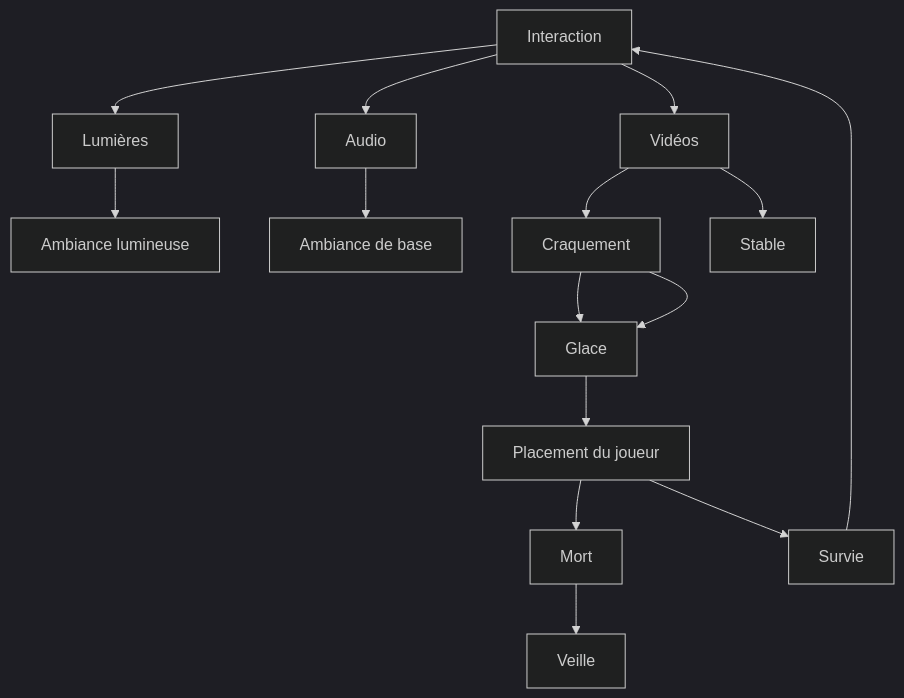
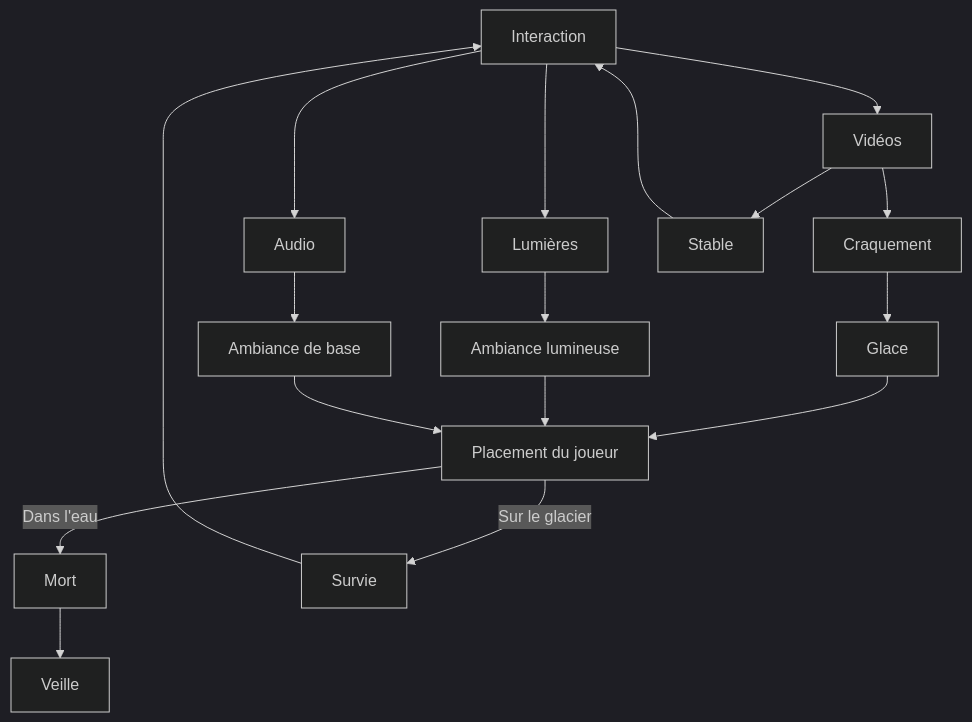
Before and after one commit to audreydandurand/docsify-scenarisation-audrey: the diagram in README.md, drawn with Mermaid (dark theme).

Commit message:
Update README.md suite scénario interactif

````diff
--- a/README.md
+++ b/README.md
@@ -20,17 +20,19 @@
 ```mermaid
 graph TD;
     Interaction-->Lumières;
     Interaction-->Vidéos;
     Interaction-->Audio;
     Lumières-->AmbianceLumineuse[Ambiance lumineuse];
     Audio-->AmbianceBase[Ambiance de base];
     Craquement-->Glace;
     Vidéos-->Craquement;
     Vidéos-->Stable;
-    Craquement-->Glace;
+Stable-->Interaction;
 Glace-->Placement[Placement du joueur];
-Placement-->Mort;
-Placement-->Survie;
+AmbianceLumineuse-->Placement[Placement du joueur];
+AmbianceBase-->Placement[Placement du joueur];
+Placement-->|Dans l'eau|Mort;
+Placement-->|Sur le glacier|Survie;
     Survie-->Interaction;
     Mort-->Veille;
 ```
````
